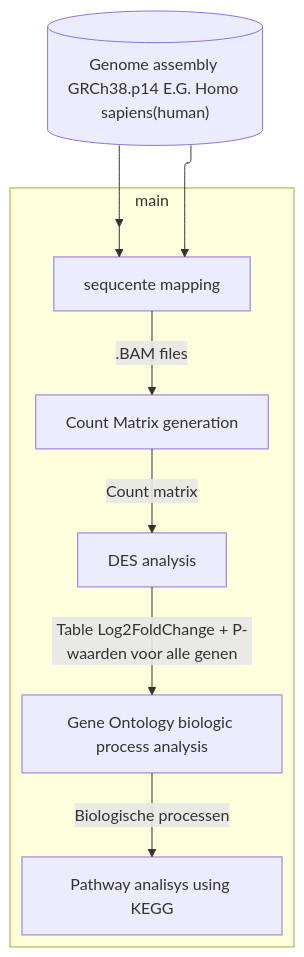
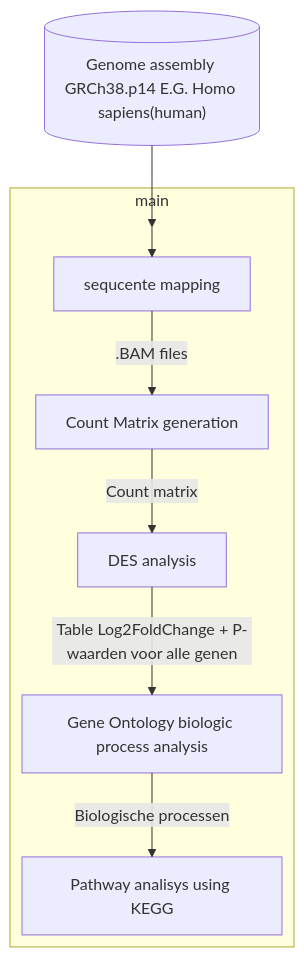
One commit to Quantum-Coder826/J2P4casusTranscriptomics changed the diagram in README.md. Above: the diagram before and after it, drawn with Mermaid.

````diff
--- a/README.md
+++ b/README.md
@@ -38,30 +38,29 @@
 ```mermaid
 flowchart-elk TD;
   
-  HG38[("Genome assembly GRCh38.p14 E.G. Homo sapiens(human)")] --> seq_map
-  HG38 --> hidden;
+  HG38[("Genome assembly GRCh38.p14 E.G. Homo sapiens(human)")] --> hidden
   
   click HG38 "https://www.ncbi.nlm.nih.gov/datasets/genome/GCF_000001405.40/";
   
   subgraph main;
     direction LR;
     
     hidden:::hidden --> seq_map;
     
     seq_map[sequcente mapping] -->|".BAM files"| matrix;
     matrix[Count Matrix generation] -->|"Count matrix"| data_ana;
     data_ana[DES analysis] -->|"Table Log2FoldChange + P-waarden voor alle genen"| GO_ana;
     GO_ana[Gene Ontology biologic process analysis] -->|"Biologische processen"| KEGG_ana;
     KEGG_ana[Pathway analisys using KEGG];
     
   end;
   
   click seq_map "https://github.com/Quantum-Coder826/J2P4casusTranscriptomics/blob/main/scripts/seq_mapping.R";
   click matrix "https://github.com/Quantum-Coder826/J2P4casusTranscriptomics/blob/main/scripts/count_matrix.R";
   click data_ana "https://github.com/Quantum-Coder826/J2P4casusTranscriptomics/blob/main/scripts/data_ana.R";
   click GO_ana "https://github.com/Quantum-Coder826/J2P4casusTranscriptomics/blob/main/scripts/GO_analysis.R";
   click KEGG_ana "https://github.com/Quantum-Coder826/J2P4casusTranscriptomics/blob/main/scripts/KEGG_analysis.R";
   
   classDef hidden display: none;
 
 ```
````
